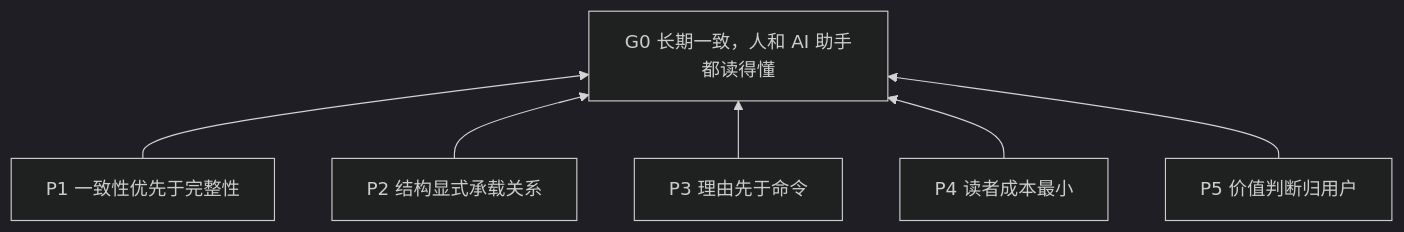
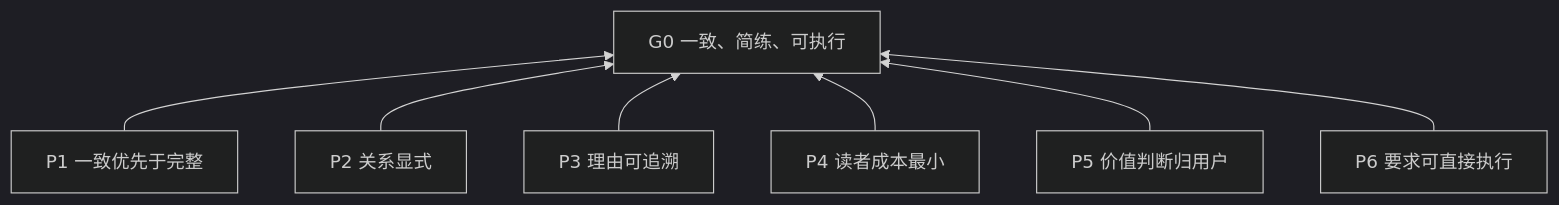
One commit to jmaxzh/solo-vibe-coding changed the diagram in translations/zh-CN/skills/structuring-instruction-docs/SKILL.zh-CN.md. Above: the diagram before and after it, drawn with Mermaid (dark theme). The commit also changed other lines of this file and 1 other file, not shown here.

````diff
--- a/translations/zh-CN/skills/structuring-instruction-docs/SKILL.zh-CN.md
+++ b/translations/zh-CN/skills/structuring-instruction-docs/SKILL.zh-CN.md
@@ -41,8 +41,9 @@
 ```mermaid
 flowchart BT
-    P1["P1 一致性优先于完整性"] --> G0["G0 长期一致，人和 AI 助手都读得懂"]
-    P2["P2 结构显式承载关系"] --> G0
-    P3["P3 理由先于命令"] --> G0
+    P1["P1 一致优先于完整"] --> G0["G0 一致、简练、可执行"]
+    P2["P2 关系显式"] --> G0
+    P3["P3 理由可追溯"] --> G0
     P4["P4 读者成本最小"] --> G0
     P5["P5 价值判断归用户"] --> G0
+    P6["P6 要求可直接执行"] --> G0
 ```
````
